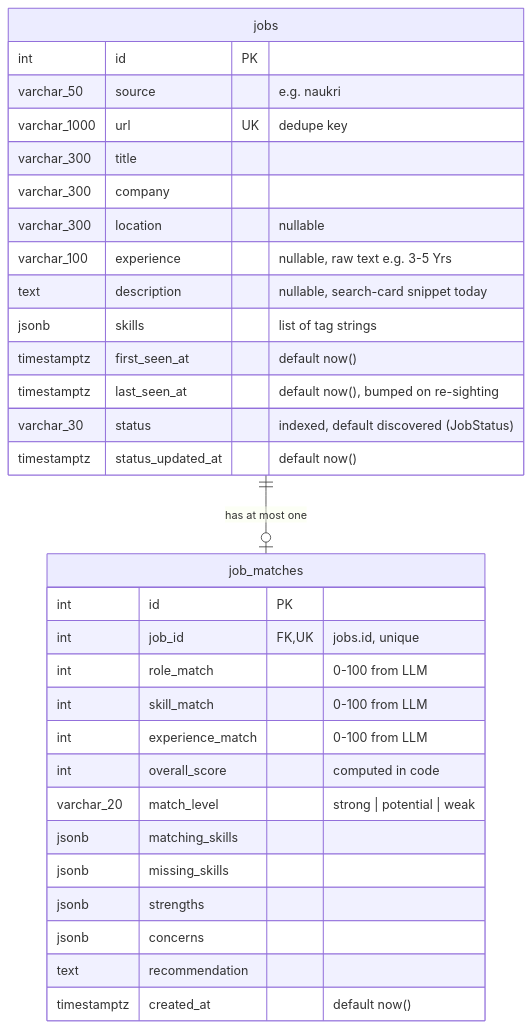
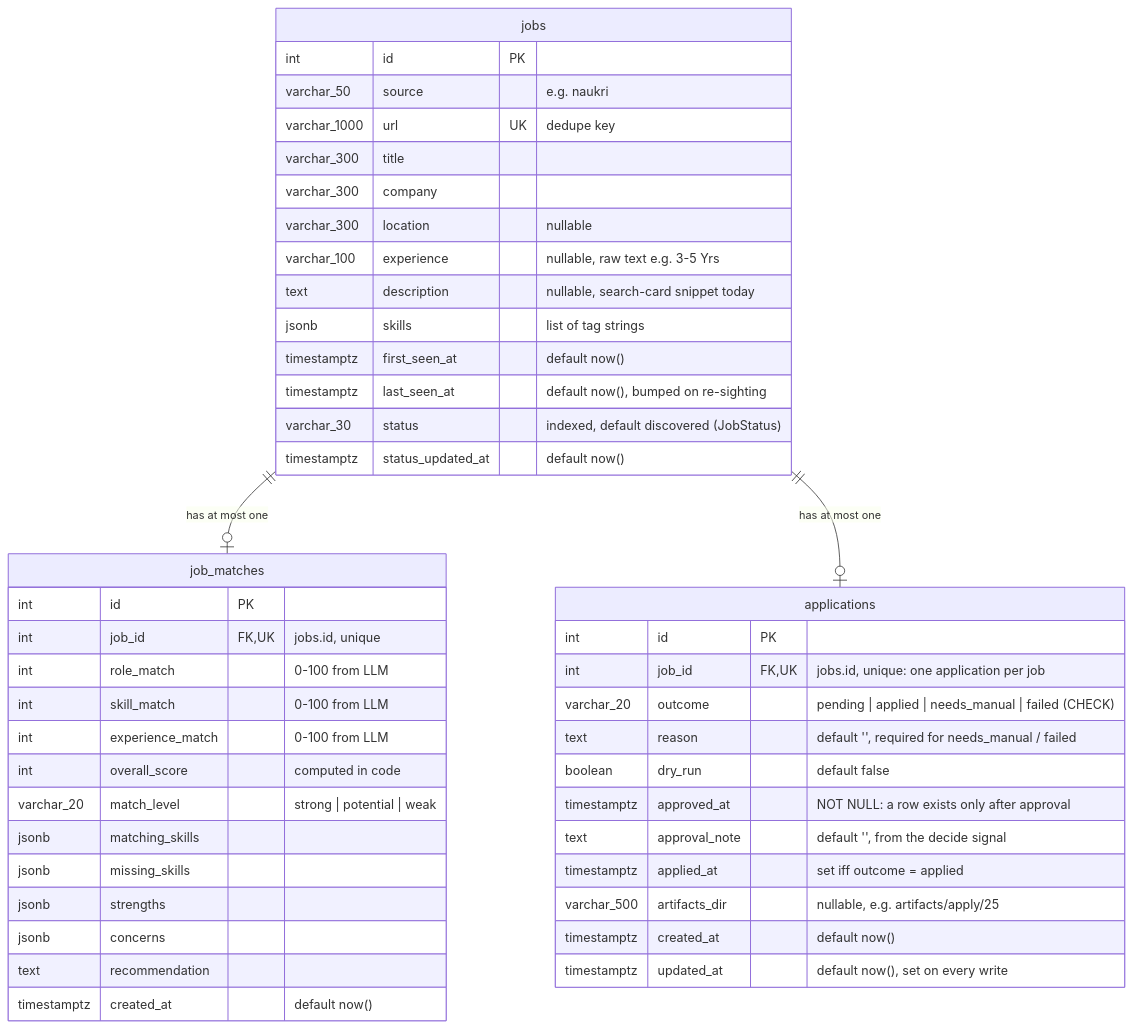
One commit to dhiraj849/Job_assistent changed the first of 2 diagrams in docs/04-data-model.md. Above: the diagram before and after it, drawn with Mermaid. The commit also changed other lines of this file and 21 other files, not shown here.

First line of the commit message:
feat(apply): add applications table as source of truth for apply outcomes

````diff
--- a/docs/04-data-model.md
+++ b/docs/04-data-model.md
@@ -12,34 +12,48 @@
 ```mermaid
 erDiagram
     jobs ||--o| job_matches : "has at most one"
+    jobs ||--o| applications : "has at most one"
     jobs {
         int id PK
         varchar_50 source "e.g. naukri"
         varchar_1000 url UK "dedupe key"
         varchar_300 title
         varchar_300 company
         varchar_300 location "nullable"
         varchar_100 experience "nullable, raw text e.g. 3-5 Yrs"
         text description "nullable, search-card snippet today"
         jsonb skills "list of tag strings"
         timestamptz first_seen_at "default now()"
         timestamptz last_seen_at "default now(), bumped on re-sighting"
         varchar_30 status "indexed, default discovered (JobStatus)"
         timestamptz status_updated_at "default now()"
     }
     job_matches {
         int id PK
         int job_id FK, UK "jobs.id, unique"
         int role_match "0-100 from LLM"
         int skill_match "0-100 from LLM"
         int experience_match "0-100 from LLM"
         int overall_score "computed in code"
         varchar_20 match_level "strong | potential | weak"
         jsonb matching_skills
         jsonb missing_skills
         jsonb strengths
         jsonb concerns
         text recommendation
         timestamptz created_at "default now()"
     }
+    applications {
+        int id PK
+        int job_id FK, UK "jobs.id, unique: one application per job"
+        varchar_20 outcome "pending | applied | needs_manual | failed (CHECK)"
+        text reason "default '', required for needs_manual / failed"
+        boolean dry_run "default false"
+        timestamptz approved_at "NOT NULL: a row exists only after approval"
+        text approval_note "default '', from the decide signal"
+        timestamptz applied_at "set iff outcome = applied"
+        varchar_500 artifacts_dir "nullable, e.g. artifacts/apply/25"
+        timestamptz created_at "default now()"
+        timestamptz updated_at "default now(), set on every write"
+    }
 ```
````
